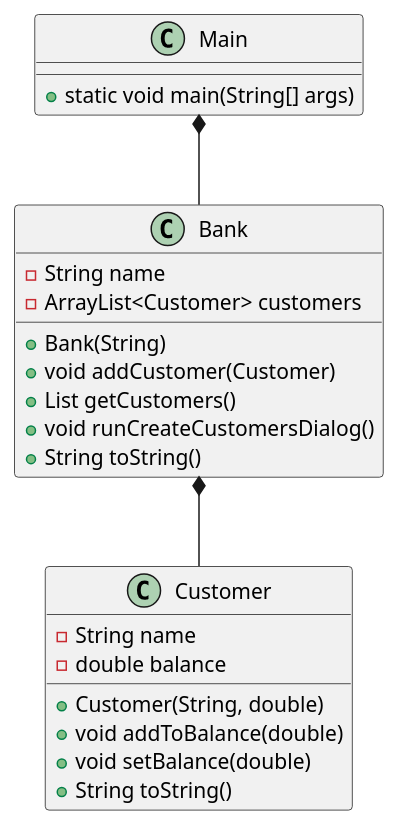
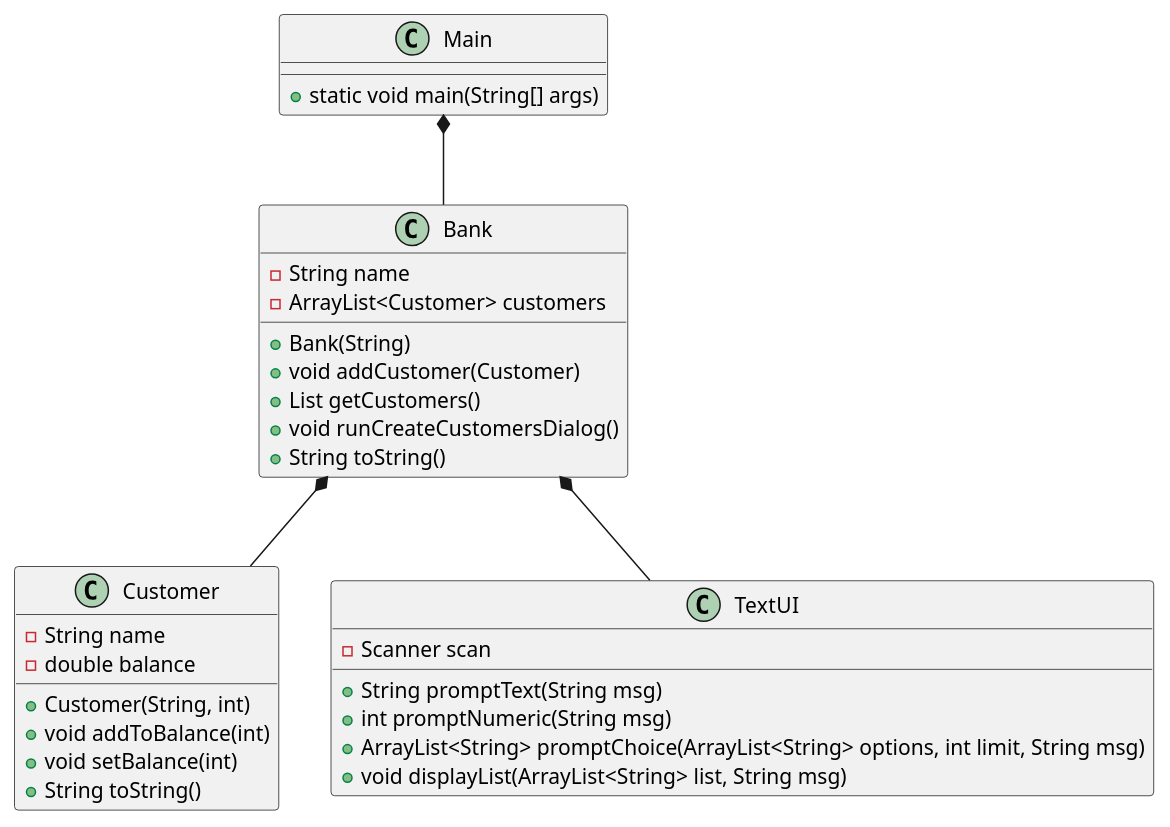
One commit to Dat1Cphbusiness/BankSystem changed the diagram in doc/classdiagram.puml. Above: the diagram before and after it, drawn with PlantUML.

Commit message:
added TextUI

```diff
--- a/doc/classdiagram.puml
+++ b/doc/classdiagram.puml
@@ -1,31 +1,42 @@
 @startuml
 class Main{
  + static void main(String[] args)
 }
 
 class Bank{
  - String name
  - ArrayList<Customer> customers
  + Bank(String)
  + void addCustomer(Customer)
  + List getCustomers()
  + void runCreateCustomersDialog()
  + String toString()
 }
 
 class Customer{
  - String name
  - double balance
- + Customer(String, double)
- + void addToBalance(double)
- + void setBalance(double)
+ + Customer(String, int)
+ + void addToBalance(int)
+ + void setBalance(int)
  + String toString()
 
 }
 
 
-
+class TextUI {
+- Scanner scan
+' shows a message and returns the user's input as a String
++ String promptText(String msg)
+' shows a message and returns the user's input as an integer
++ int promptNumeric(String msg)
+' shows the options, promts for choices until limit is reached, and returns the user's choices as a list
++ ArrayList<String> promptChoice(ArrayList<String> options, int limit, String msg)
+' shows a message and lists the content of a list
++ void displayList(ArrayList<String> list, String msg)
+}
 Main *-- Bank
 Bank *-- Customer
+Bank *-- TextUI
 
 @enduml
```
